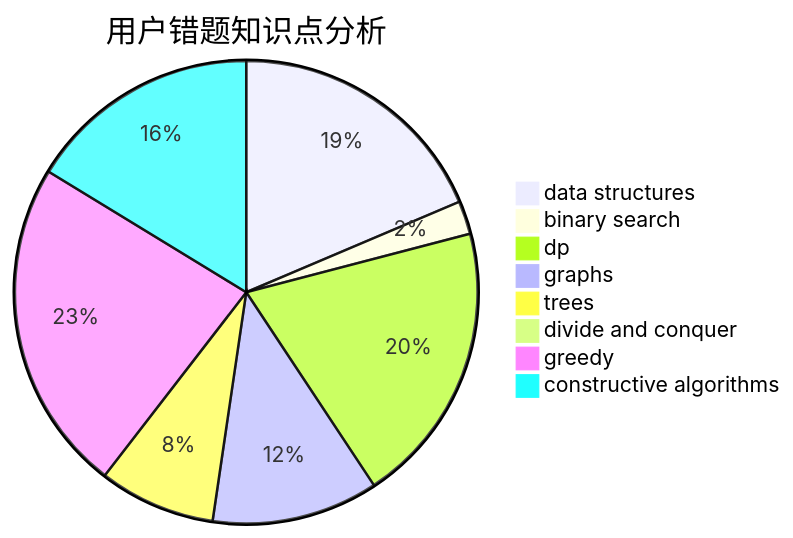
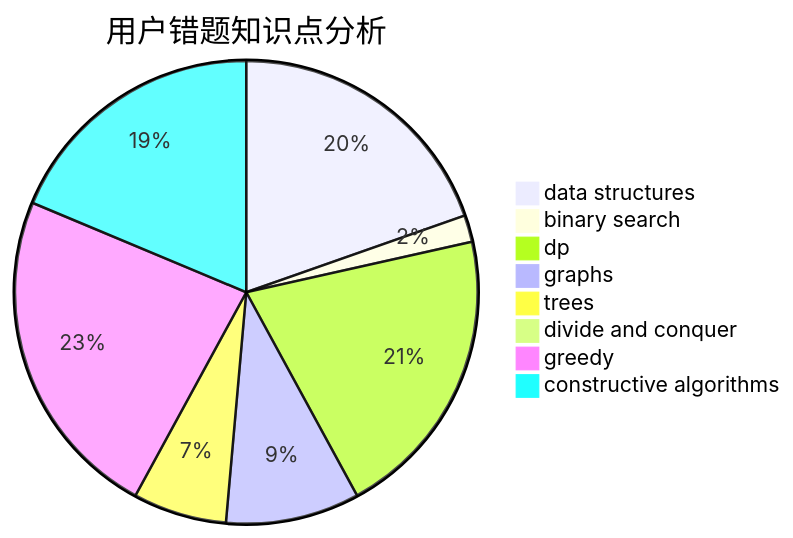
Before and after one commit to sherpahu/cfrs.github.io: the third of 3 diagrams in docs/user/u634.md, drawn with Mermaid. The commit also changed other lines of this file and 2770 other files, not shown here.

````diff
--- a/docs/user/u634.md
+++ b/docs/user/u634.md
@@ -36,11 +36,11 @@
 ```mermaid
 pie title 用户错题知识点分析
-    "data structures" :  16
+    "data structures" :  21
     "binary search" :  2
-    "dp" :  17
+    "dp" :  22
     "graphs" :  10
     "trees" :  7
     "divide and conquer" :  0
-    "greedy" :  20
-    "constructive algorithms" :  14
+    "greedy" :  25
+    "constructive algorithms" :  20
 ```
````
